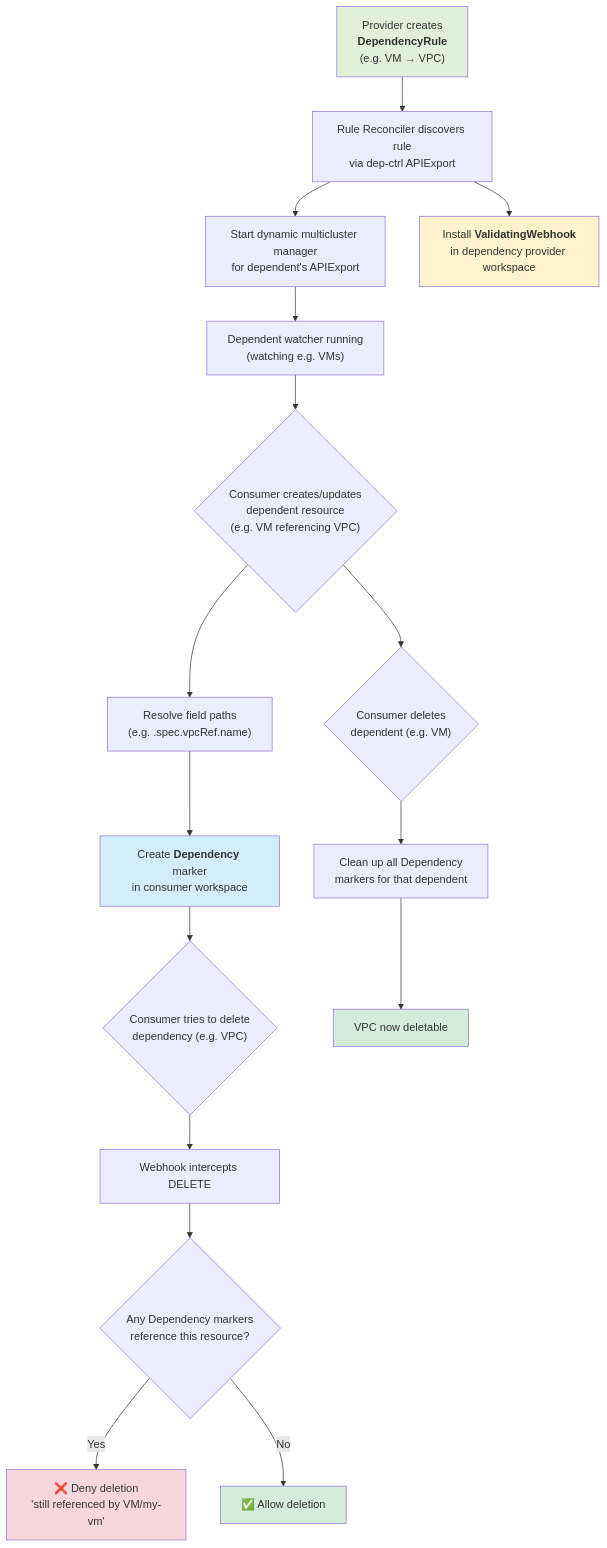
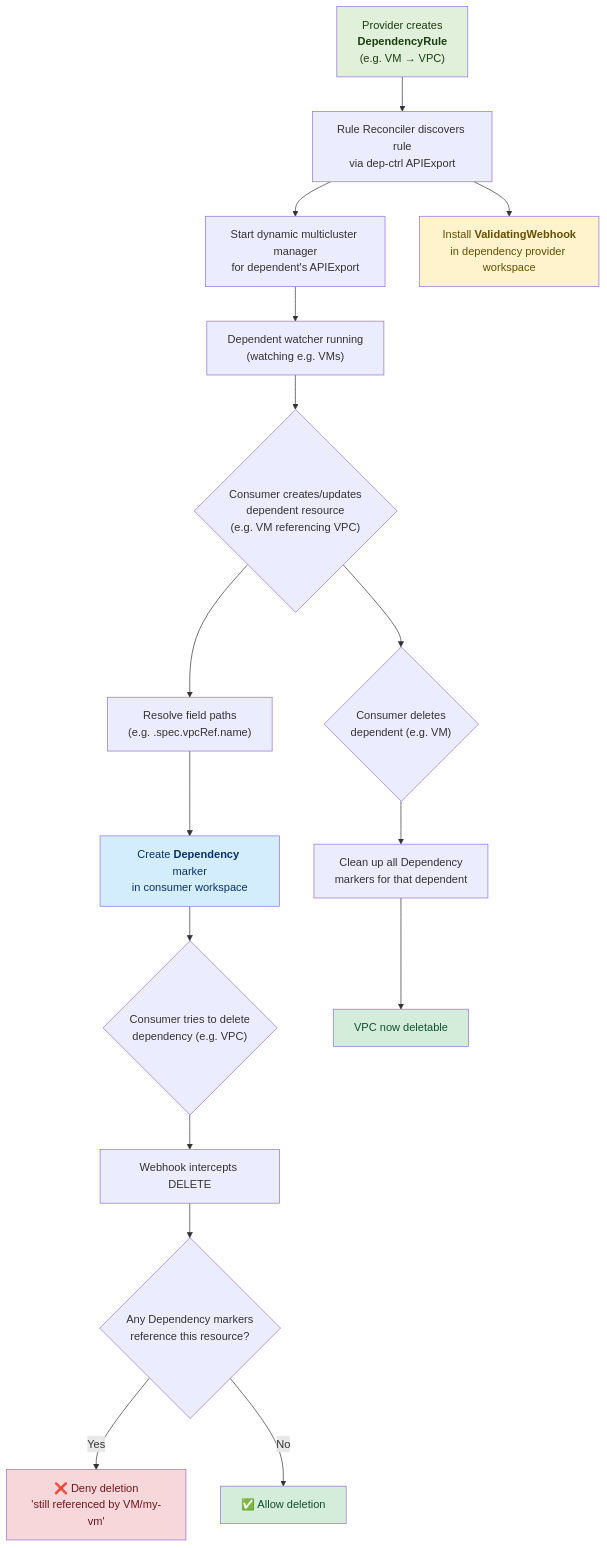
Before and after one commit to opendefensecloud/dependency-controller: the diagram in README.md, drawn with Mermaid.

Commit message:
update diagram colors to work in darkmode

````diff
--- a/README.md
+++ b/README.md
@@ -16,29 +16,29 @@
 ```mermaid
 flowchart TD
     A["Provider creates<br/><b>DependencyRule</b><br/>(e.g. VM → VPC)"] --> B["Rule Reconciler discovers rule<br/>via dep-ctrl APIExport"]
     B --> C["Start dynamic multicluster manager<br/>for dependent's APIExport"]
     B --> D["Install <b>ValidatingWebhook</b><br/>in dependency provider workspace"]
 
     C --> E["Dependent watcher running<br/>(watching e.g. VMs)"]
 
     E --> F{"Consumer creates/updates<br/>dependent resource<br/>(e.g. VM referencing VPC)"}
     F --> G["Resolve field paths<br/>(e.g. .spec.vpcRef.name)"]
     G --> H["Create <b>Dependency</b> marker<br/>in consumer workspace"]
 
     H --> I{"Consumer tries to delete<br/>dependency (e.g. VPC)"}
     I --> J["Webhook intercepts DELETE"]
     J --> K{"Any Dependency markers<br/>reference this resource?"}
     K -- Yes --> L["❌ Deny deletion<br/>'still referenced by VM/my-vm'"]
     K -- No --> M["✅ Allow deletion"]
 
     F --> N{"Consumer deletes<br/>dependent (e.g. VM)"}
     N --> O["Clean up all Dependency<br/>markers for that dependent"]
     O --> P["VPC now deletable"]
 
-    style A fill:#e1f0da
-    style D fill:#fff3cd
-    style H fill:#d4edfc
-    style L fill:#f8d7da
-    style M fill:#d4edda
-    style P fill:#d4edda
+    style A fill:#e1f0da,color:#1a3e12
+    style D fill:#fff3cd,color:#664d03
+    style H fill:#d4edfc,color:#0a3069
+    style L fill:#f8d7da,color:#6e1520
+    style M fill:#d4edda,color:#0f5132
+    style P fill:#d4edda,color:#0f5132
 ```
````
